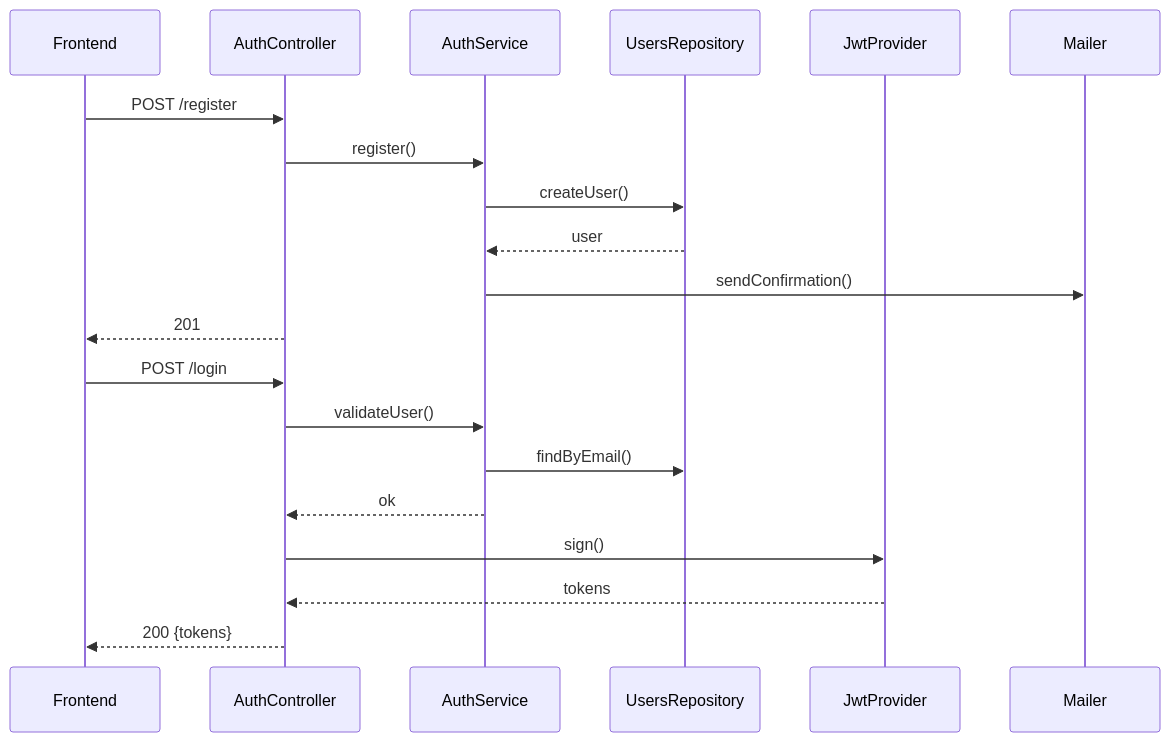
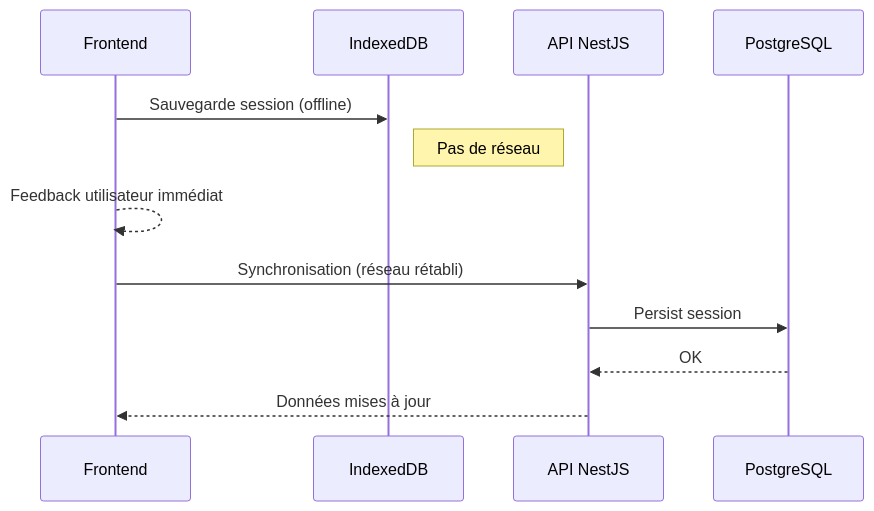
Before and after one commit to Dolphynx/mindfulspace: the diagram in docs/archi/c4/c4-code-exemple.md, drawn with Mermaid. The commit also changed other lines of this file and 44 other files, not shown here.

````diff
--- a/docs/archi/c4/c4-code-exemple.md
+++ b/docs/archi/c4/c4-code-exemple.md
@@ -3,24 +6,17 @@
 ```mermaid
 sequenceDiagram
 participant UI as Frontend
-participant AuthC as AuthController
-participant AuthS as AuthService
-participant UsersR as UsersRepository
-participant JWT as JwtProvider
-participant Mail as Mailer
+participant Cache as IndexedDB
+participant API as API NestJS
+participant DB as PostgreSQL
 
-UI->>AuthC: POST /register
-AuthC->>AuthS: register()
-AuthS->>UsersR: createUser()
-UsersR-->>AuthS: user
-AuthS->>Mail: sendConfirmation()
-AuthC-->>UI: 201
+UI->>Cache: Sauvegarde session (offline)
+Note right of Cache: Pas de réseau
 
-UI->>AuthC: POST /login
-AuthC->>AuthS: validateUser()
-AuthS->>UsersR: findByEmail()
-AuthS-->>AuthC: ok
-AuthC->>JWT: sign()
-JWT-->>AuthC: tokens
-AuthC-->>UI: 200 {tokens}
+UI-->>UI: Feedback utilisateur immédiat
+
+UI->>API: Synchronisation (réseau rétabli)
+API->>DB: Persist session
+DB-->>API: OK
+API-->>UI: Données mises à jour
 ```
````
